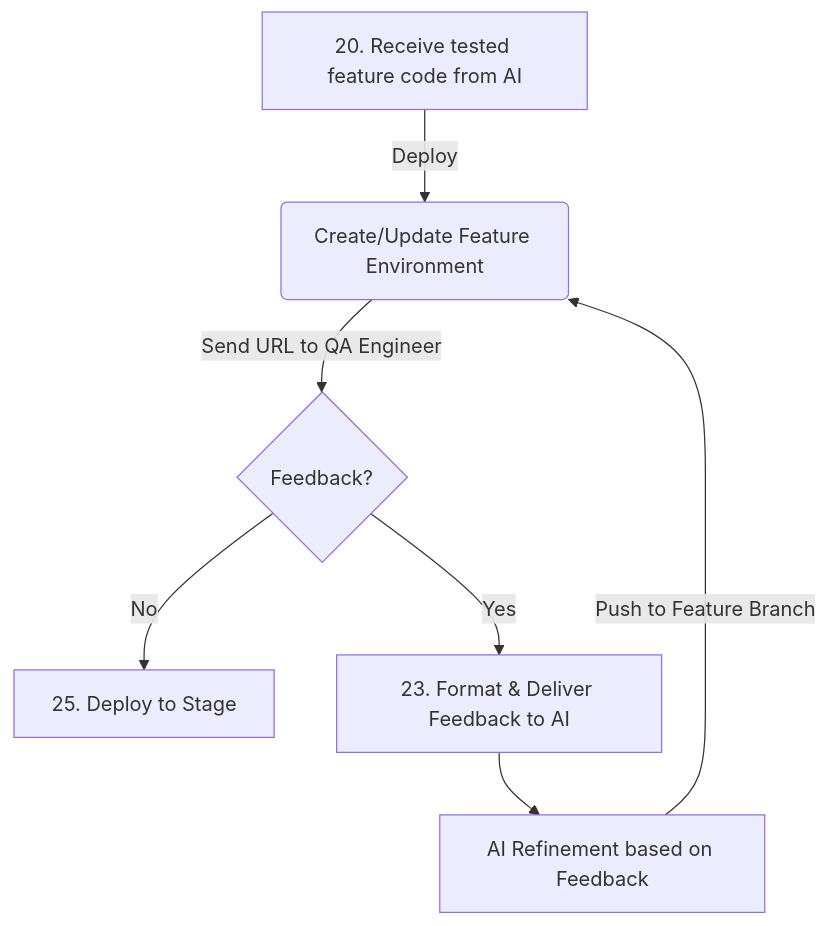
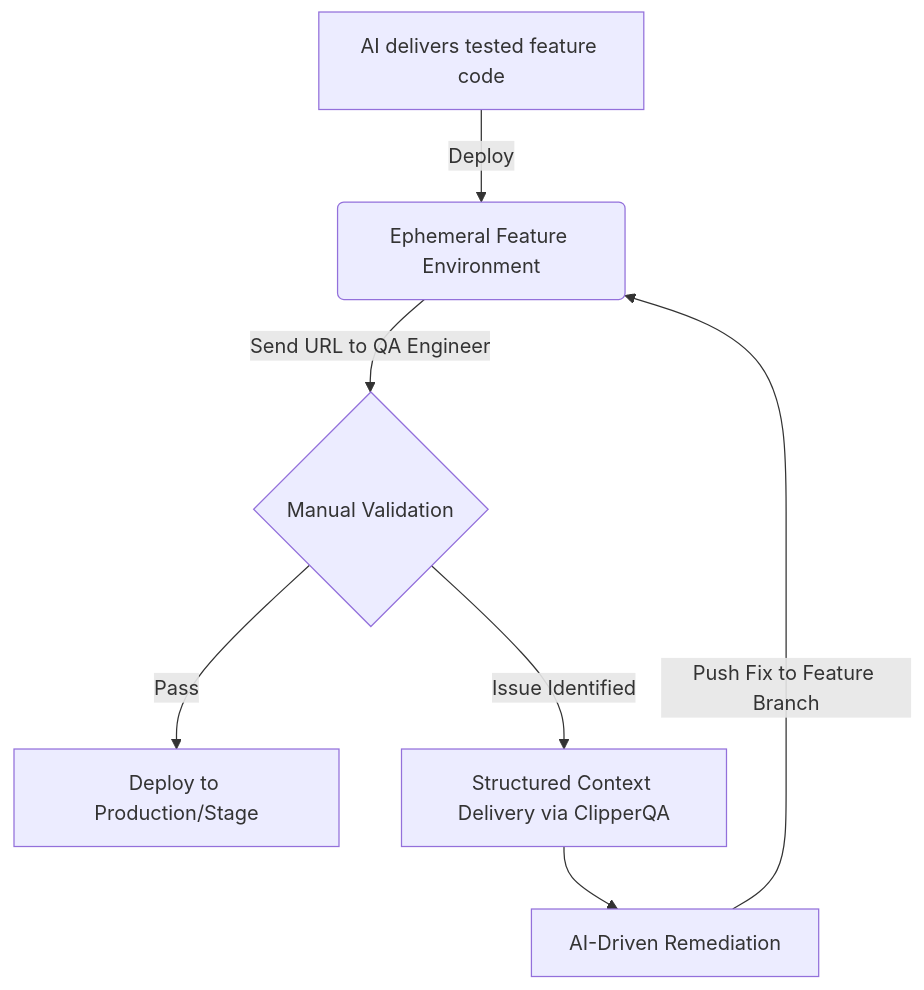
The diagram in README.md (denzakh/ClipperQA), drawn with Mermaid before and after one commit. The commit also changed other lines of this file and 1 other file, not shown here.

````diff
--- a/README.md
+++ b/README.md
@@ -22,9 +32,9 @@
 ```mermaid
 flowchart TD
-    A[20. Receive tested feature code from AI] -->|Deploy| B(Create/Update Feature Environment)
-    B --> |Send URL to QA Engineer| C{Feedback?}
-    C -->|No| D[25. Deploy to Stage]
-    C -->|Yes| E[23. Format & Deliver Feedback to AI]
-    E --> F[AI Refinement based on Feedback]
-    F -->|Push to Feature Branch| B
+    A[AI delivers tested feature code] -->|Deploy| B(Ephemeral Feature Environment)
+    B --> |Send URL to QA Engineer| C{Manual Validation}
+    C -->|Pass| D[Deploy to Production/Stage]
+    C -->|Issue Identified| E[Structured Context Delivery via ClipperQA]
+    E --> F[AI-Driven Remediation]
+    F -->|Push Fix to Feature Branch| B
 ```
````
